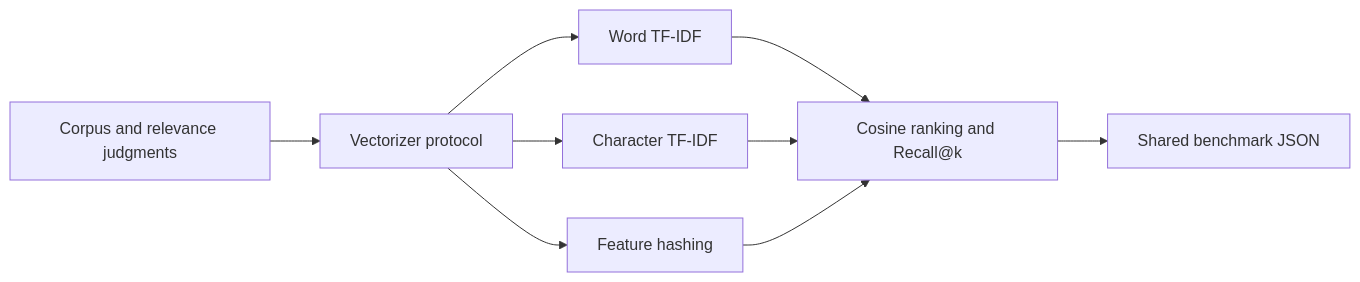
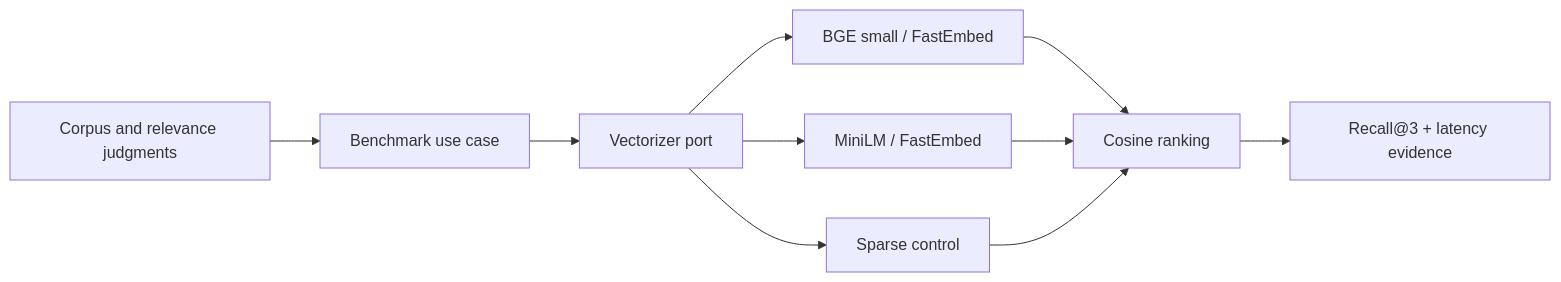
One commit to Brilhante29/embeddings-benchmark changed the diagram in README.md. Above: the diagram before and after it, drawn with Mermaid. The commit also changed other lines of this file and 35 other files, not shown here.

````diff
--- a/README.md
+++ b/README.md
@@ -15,11 +19,12 @@
 ```mermaid
 flowchart LR
-  Fixtures["Corpus and relevance judgments"] --> Port["Vectorizer protocol"]
-  Port --> Word["Word TF-IDF"]
-  Port --> Char["Character TF-IDF"]
-  Port --> Hash["Feature hashing"]
-  Word --> Core["Cosine ranking and Recall@k"]
-  Char --> Core
-  Hash --> Core
-  Core --> Result["Shared benchmark JSON"]
+  Fixtures["Corpus and relevance judgments"] --> Core["Benchmark use case"]
+  Core --> Port["Vectorizer port"]
+  Port --> BGE["BGE small / FastEmbed"]
+  Port --> MiniLM["MiniLM / FastEmbed"]
+  Port --> Sparse["Sparse control"]
+  BGE --> Rank["Cosine ranking"]
+  MiniLM --> Rank
+  Sparse --> Rank
+  Rank --> Metrics["Recall@3 + latency evidence"]
 ```
````
